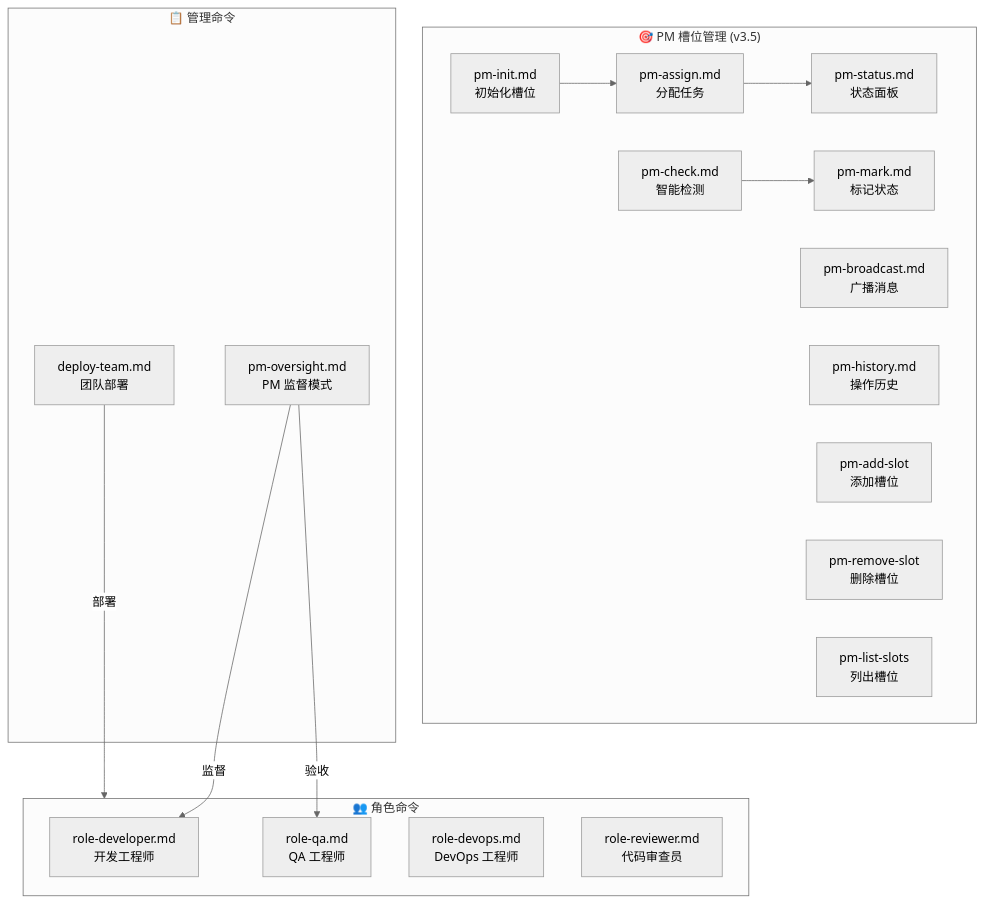
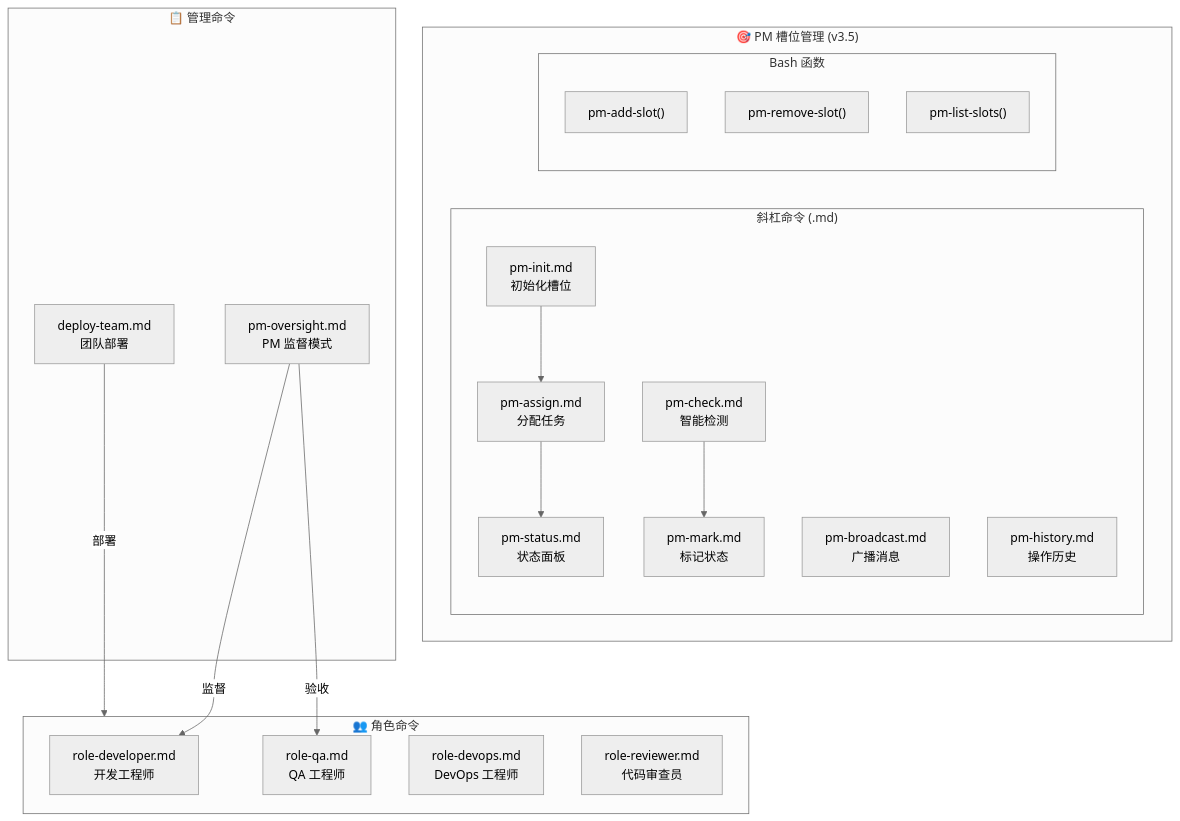
The diagram in .claude/commands/tmuxAI/CLAUDE.md (coolwoo/Tmux-AI-Team), drawn with Mermaid (neutral theme) before and after one commit. The commit also changed other lines of this file and 6 other files, not shown here.

````diff
--- a/.claude/commands/tmuxAI/CLAUDE.md
+++ b/.claude/commands/tmuxAI/CLAUDE.md
@@ -11,34 +11,38 @@
 ```mermaid
 graph TB
     subgraph PMSlots["🎯 PM 槽位管理 (v3.5)"]
-        INIT["pm-init.md<br/>初始化槽位"]
-        ASSIGN["pm-assign.md<br/>分配任务"]
-        STATUS["pm-status.md<br/>状态面板"]
-        CHECK["pm-check.md<br/>智能检测"]
-        MARK["pm-mark.md<br/>标记状态"]
-        BROADCAST["pm-broadcast.md<br/>广播消息"]
-        HISTORY["pm-history.md<br/>操作历史"]
-        ADD["pm-add-slot<br/>添加槽位"]
-        REMOVE["pm-remove-slot<br/>删除槽位"]
-        LIST["pm-list-slots<br/>列出槽位"]
+        subgraph SlashCmds["斜杠命令 (.md)"]
+            INIT["pm-init.md<br/>初始化槽位"]
+            ASSIGN["pm-assign.md<br/>分配任务"]
+            STATUS["pm-status.md<br/>状态面板"]
+            CHECK["pm-check.md<br/>智能检测"]
+            MARK["pm-mark.md<br/>标记状态"]
+            BROADCAST["pm-broadcast.md<br/>广播消息"]
+            HISTORY["pm-history.md<br/>操作历史"]
+        end
+        subgraph BashFuncs["Bash 函数"]
+            ADD["pm-add-slot()"]
+            REMOVE["pm-remove-slot()"]
+            LIST["pm-list-slots()"]
+        end
     end
 
     subgraph Management["📋 管理命令"]
         PM["pm-oversight.md<br/>PM 监督模式"]
         DEPLOY["deploy-team.md<br/>团队部署"]
     end
 
     subgraph Roles["👥 角色命令"]
         DEV["role-developer.md<br/>开发工程师"]
         QA["role-qa.md<br/>QA 工程师"]
         DEVOPS["role-devops.md<br/>DevOps 工程师"]
         REVIEW["role-reviewer.md<br/>代码审查员"]
     end
 
     INIT --> ASSIGN
     ASSIGN --> STATUS
     CHECK --> MARK
     PM -->|"监督"| DEV
     PM -->|"验收"| QA
     DEPLOY -->|"部署"| Roles
 ```
````
